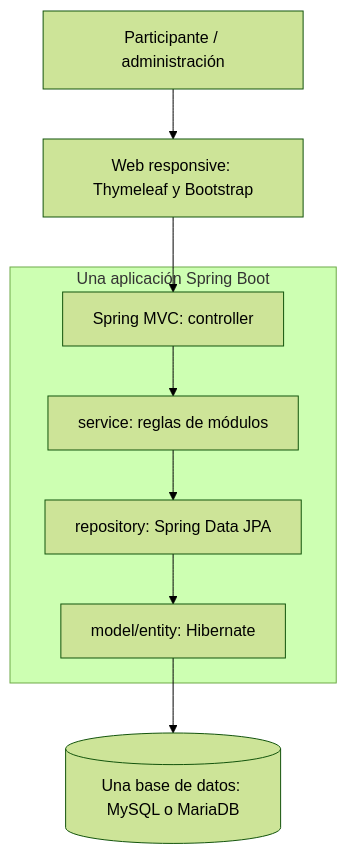
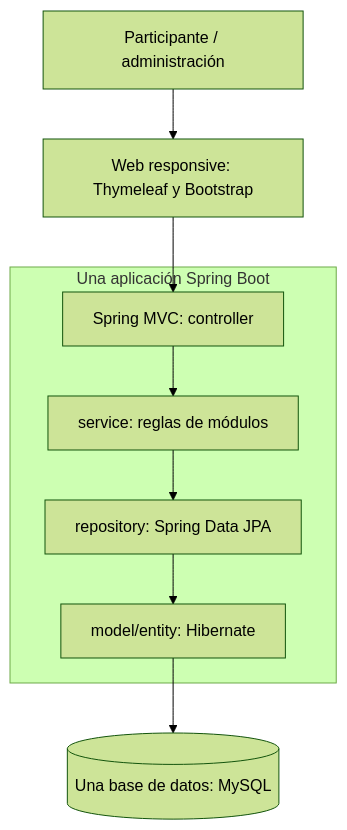
One commit to Samge34c/PING changed the diagram in docs/ARCHITECTURE.md. Above: the diagram before and after it, drawn with Mermaid (forest theme). The commit also changed other lines of this file and 18 other files, not shown here.

````diff
--- a/docs/ARCHITECTURE.md
+++ b/docs/ARCHITECTURE.md
@@ -7,11 +7,11 @@
 ```mermaid
 flowchart TD
     U[Participante / administración] --> V[Web responsive: Thymeleaf y Bootstrap]
     V --> C[Spring MVC: controller]
     subgraph APP[Una aplicación Spring Boot]
         C --> S[service: reglas de módulos]
         S --> R[repository: Spring Data JPA]
         R --> E[model/entity: Hibernate]
     end
-    E --> DB[(Una base de datos: MySQL o MariaDB)]
+    E --> DB[(Una base de datos: MySQL)]
 ```
````
